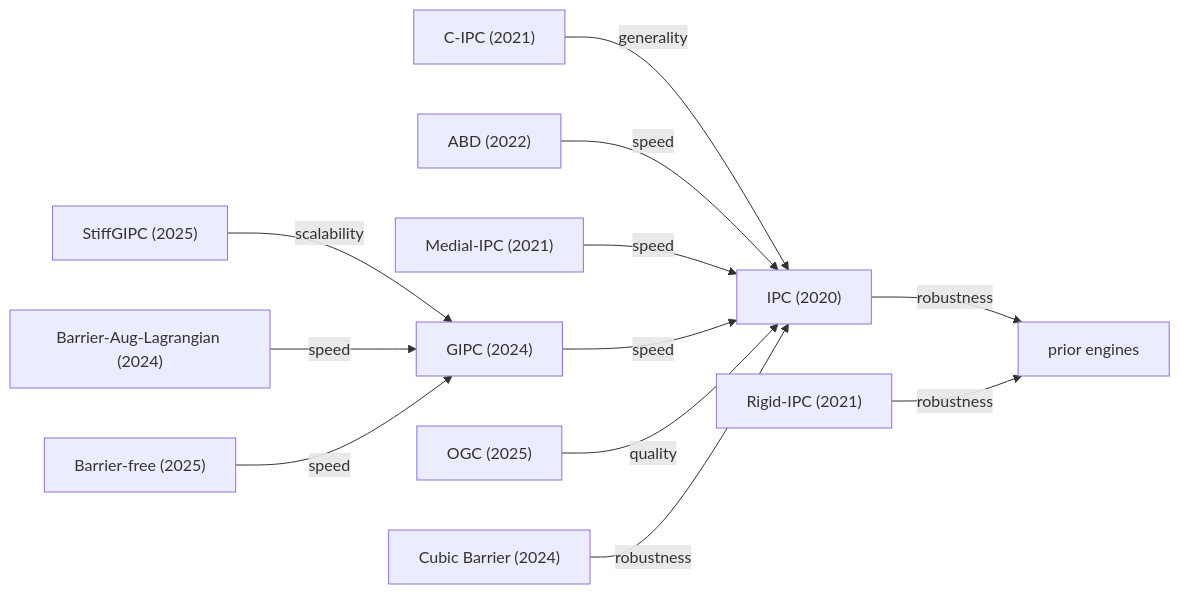
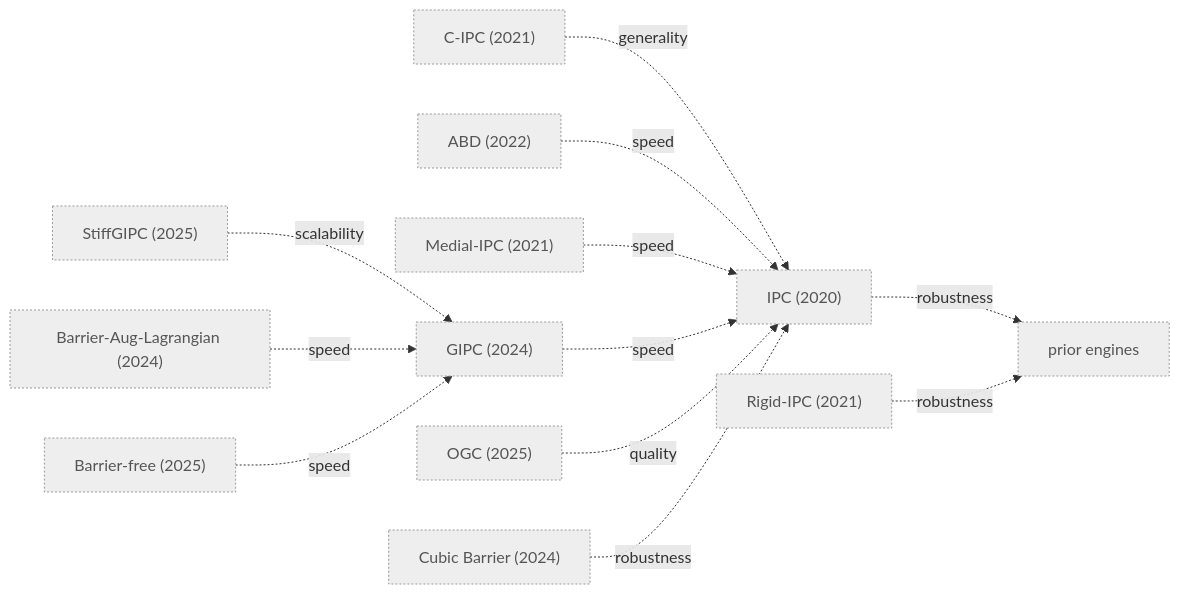
Before and after one commit to alecjacobson/mesh-elasticity-solver-benchmark: the fourth of 4 diagrams in claims/README.md, drawn with Mermaid. The commit also changed other lines of this file and 2 other files, not shown here.

Commit message:
claims: honesty pass on graph statuses (review-r1 #33, #34, #40)
- World-3 (contact) edges: status self-claimed -> unmeasured (22 edges), since
  decision D4 defers contact to v2 and v1 measures no contact. Add machine-readable
  rule (world:3 endpoint => unmeasured) + schema 'unmeasured' rung + README legend,
  World-3 diagram styled dotted with an explicit 'not a leaderboard' warning. (#40)
- BCQN: revert bcqn->l-bfgs to self-claimed; add sobolev-lbfgs node + a qualified
  sobolev-lbfgs->l-bfgs edge carrying the ACTUAL measured E2 result (only the
  Sobolev-preconditioning component was isolated, not the full blended method). (#33)
- CM: cm->{pn,slim,aqp} keep self-claimed with 'NOT benchmarked / projected-Newton is
  not a CM stand-in (clamp != convex majorizer) / 2D-only' caveats; reopen #14. (#34)

````diff
--- a/claims/README.md
+++ b/claims/README.md
@@ -160,27 +162,30 @@
 ```mermaid
 flowchart LR
     prior["prior engines"]
     ipc["IPC (2020)"]
     cipc["C-IPC (2021)"]
     rigid["Rigid-IPC (2021)"]
     abd["ABD (2022)"]
     medial["Medial-IPC (2021)"]
     gipc["GIPC (2024)"]
     stiff["StiffGIPC (2025)"]
     bal["Barrier-Aug-Lagrangian (2024)"]
     ogc["OGC (2025)"]
     cubic["Cubic Barrier (2024)"]
     bfree["Barrier-free (2025)"]
 
-    ipc -->|robustness| prior
-    rigid -->|robustness| prior
-    cipc -->|generality| ipc
-    abd -->|speed| ipc
-    medial -->|speed| ipc
-    gipc -->|speed| ipc
-    stiff -->|scalability| gipc
-    bal -->|speed| gipc
-    ogc -->|quality| ipc
-    cubic -->|robustness| ipc
-    bfree -->|speed| gipc
+    ipc -.->|robustness| prior
+    rigid -.->|robustness| prior
+    cipc -.->|generality| ipc
+    abd -.->|speed| ipc
+    medial -.->|speed| ipc
+    gipc -.->|speed| ipc
+    stiff -.->|scalability| gipc
+    bal -.->|speed| gipc
+    ogc -.->|quality| ipc
+    cubic -.->|robustness| ipc
+    bfree -.->|speed| gipc
+
+    classDef u fill:#eee,stroke:#999,color:#555,stroke-dasharray:2 2;
+    class prior,ipc,cipc,rigid,abd,medial,gipc,stiff,bal,ogc,cubic,bfree u;
 ```
````
